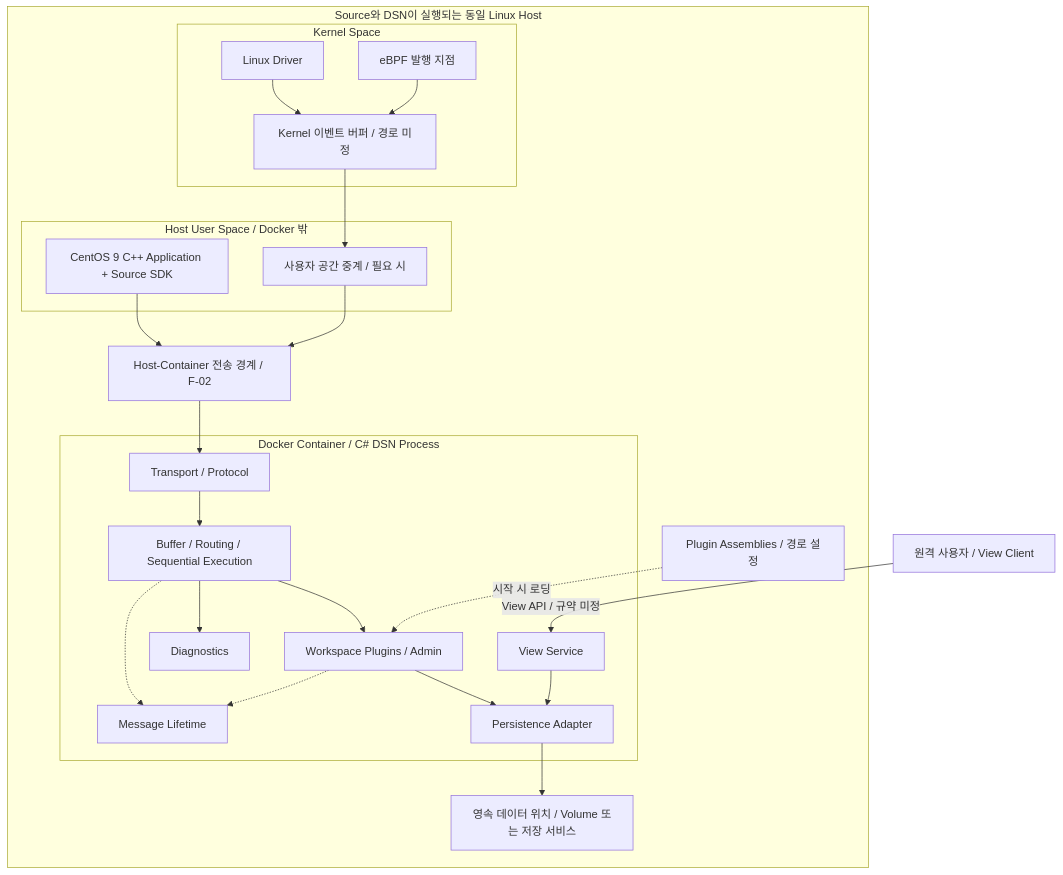
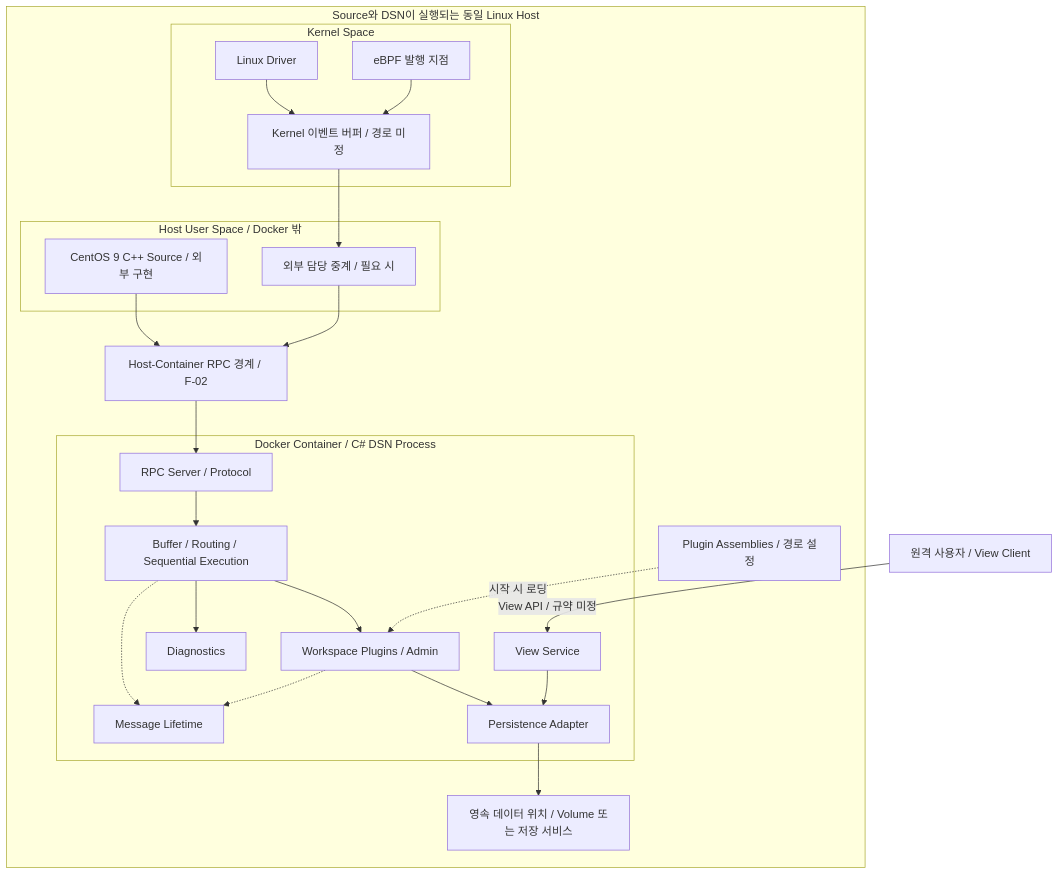
One commit to south-hive/project-dsn changed the first of 2 diagrams in docs/arch/09-deployment.md. Above: the diagram before and after it, drawn with Mermaid. The commit also changed other lines of this file and 26 other files, not shown here.

````diff
--- a/docs/arch/09-deployment.md
+++ b/docs/arch/09-deployment.md
@@ -7,40 +7,40 @@
 ```mermaid
 flowchart TB
     Remote["원격 사용자 / View Client"]
     subgraph Host["Source와 DSN이 실행되는 동일 Linux Host"]
         subgraph Kernel["Kernel Space"]
             Driver["Linux Driver"]
             BPF["eBPF 발행 지점"]
             KBuffer["Kernel 이벤트 버퍼 / 경로 미정"]
             Driver --> KBuffer
             BPF --> KBuffer
         end
         subgraph UserSpace["Host User Space / Docker 밖"]
-            App["CentOS 9 C++ Application + Source SDK"]
-            Relay["사용자 공간 중계 / 필요 시"]
+            App["CentOS 9 C++ Source / 외부 구현"]
+            Relay["외부 담당 중계 / 필요 시"]
             KBuffer --> Relay
         end
-        Boundary["Host-Container 전송 경계 / F-02"]
+        Boundary["Host-Container RPC 경계 / F-02"]
         App --> Boundary
         Relay --> Boundary
         subgraph DSN["Docker Container / C# DSN Process"]
-            Ingress["Transport / Protocol"]
+            Ingress["RPC Server / Protocol"]
             Runtime["Buffer / Routing / Sequential Execution"]
             Memory["Message Lifetime"]
             Plugins["Workspace Plugins / Admin"]
             Errors["Diagnostics"]
             Persistence["Persistence Adapter"]
             View["View Service"]
             Ingress --> Runtime --> Plugins --> Persistence
             Runtime -.-> Memory
             Plugins -.-> Memory
             Runtime --> Errors
             View --> Persistence
         end
         Boundary --> Ingress
         PluginFiles["Plugin Assemblies / 경로 설정"] -. "시작 시 로딩" .-> Plugins
         Data["영속 데이터 위치 / Volume 또는 저장 서비스"]
         Persistence --> Data
     end
     Remote -->|"View API / 규약 미정"| View
 ```
````
